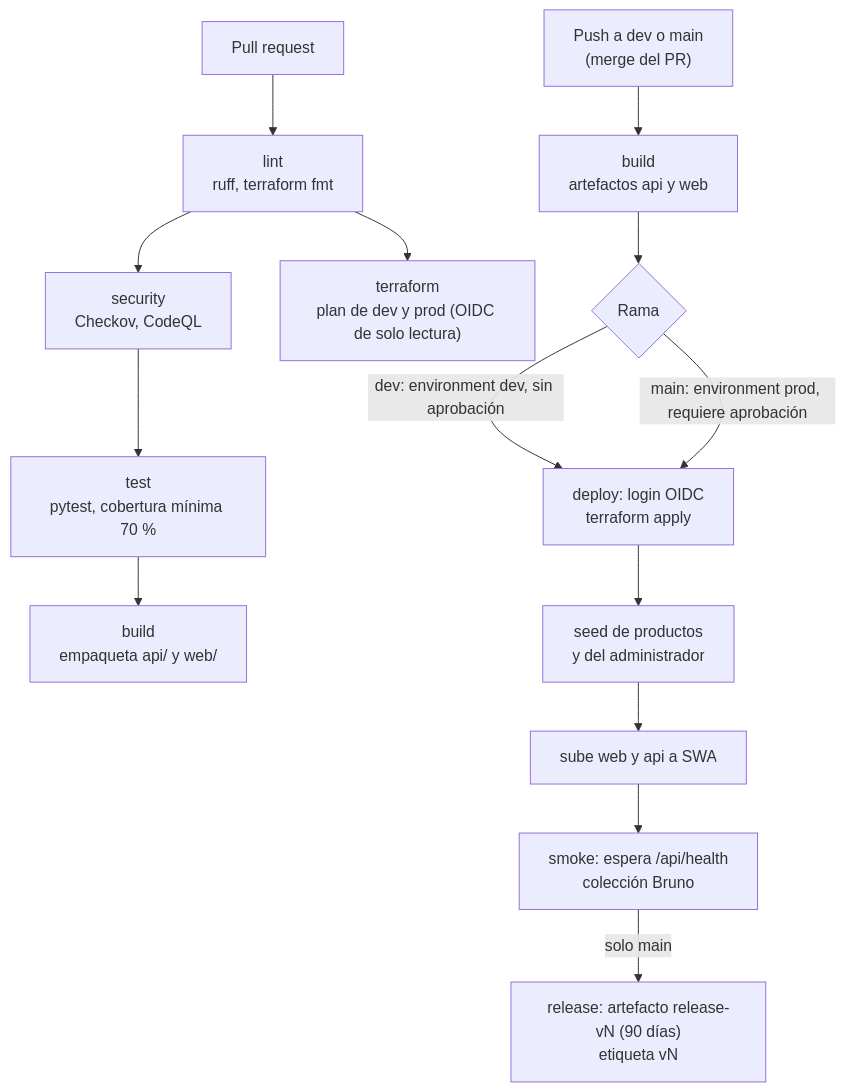
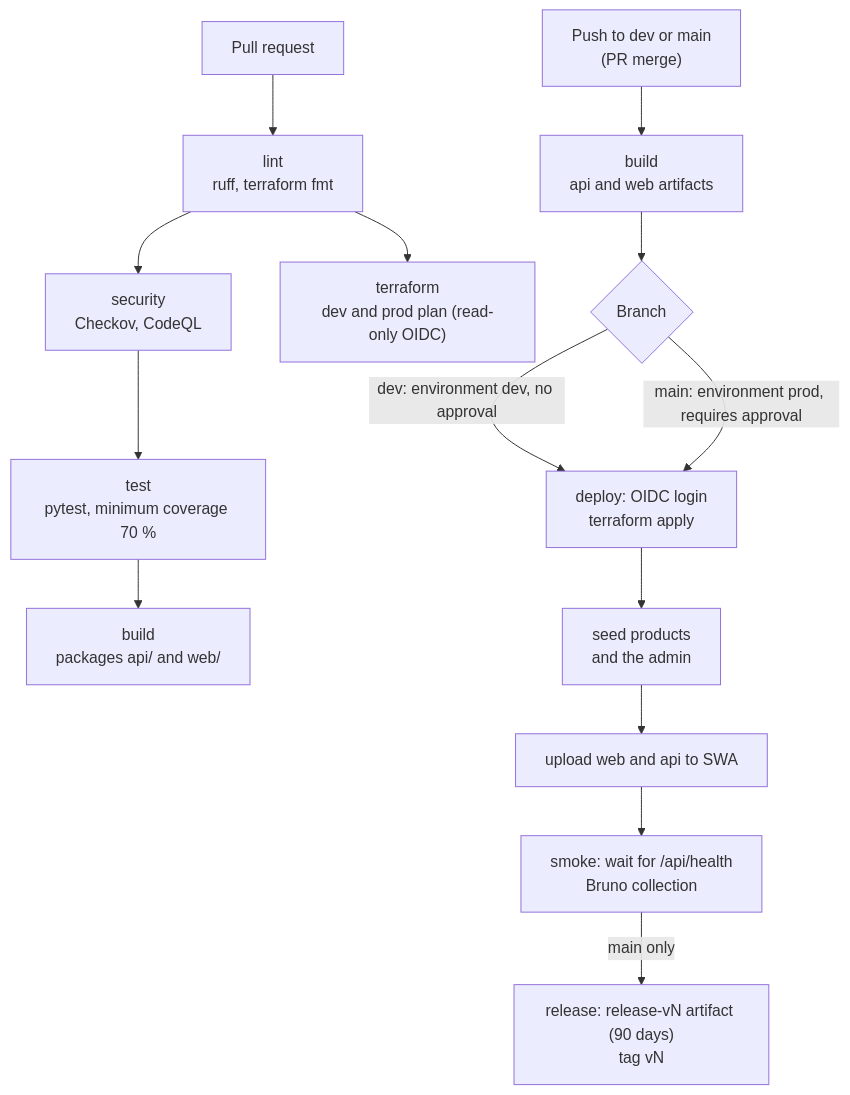
The diagram in docs/diagramas/pipeline.md (Andr3xDev/migas-en-la-nube), drawn with Mermaid before and after one commit. The commit also changed other lines of this file and 11 other files, not shown here.

Commit message:
docs: translate diagrams to English

````diff
--- a/docs/diagramas/pipeline.md
+++ b/docs/diagramas/pipeline.md
@@ -5,17 +5,17 @@
 ```mermaid
 flowchart TD
     PR["Pull request"] --> Lint["lint<br/>ruff, terraform fmt"]
     Lint --> Sec["security<br/>Checkov, CodeQL"]
-    Lint --> TfPlan["terraform<br/>plan de dev y prod (OIDC de solo lectura)"]
-    Sec --> Test["test<br/>pytest, cobertura mínima 70 %"]
-    Test --> Build["build<br/>empaqueta api/ y web/"]
+    Lint --> TfPlan["terraform<br/>dev and prod plan (read-only OIDC)"]
+    Sec --> Test["test<br/>pytest, minimum coverage 70 %"]
+    Test --> Build["build<br/>packages api/ and web/"]
 
-    Push["Push a dev o main<br/>(merge del PR)"] --> B["build<br/>artefactos api y web"]
-    B --> Gate{"Rama"}
-    Gate -->|"dev: environment dev, sin aprobación"| Apply
-    Gate -->|"main: environment prod, requiere aprobación"| Apply
-    Apply["deploy: login OIDC<br/>terraform apply"] --> Seeds["seed de productos<br/>y del administrador"]
-    Seeds --> Upload["sube web y api a SWA"]
-    Upload --> Smoke["smoke: espera /api/health<br/>colección Bruno"]
-    Smoke -->|"solo main"| Release["release: artefacto release-vN (90 días)<br/>etiqueta vN"]
+    Push["Push to dev or main<br/>(PR merge)"] --> B["build<br/>api and web artifacts"]
+    B --> Gate{"Branch"}
+    Gate -->|"dev: environment dev, no approval"| Apply
+    Gate -->|"main: environment prod, requires approval"| Apply
+    Apply["deploy: OIDC login<br/>terraform apply"] --> Seeds["seed products<br/>and the admin"]
+    Seeds --> Upload["upload web and api to SWA"]
+    Upload --> Smoke["smoke: wait for /api/health<br/>Bruno collection"]
+    Smoke -->|"main only"| Release["release: release-vN artifact (90 days)<br/>tag vN"]
 ```
````
